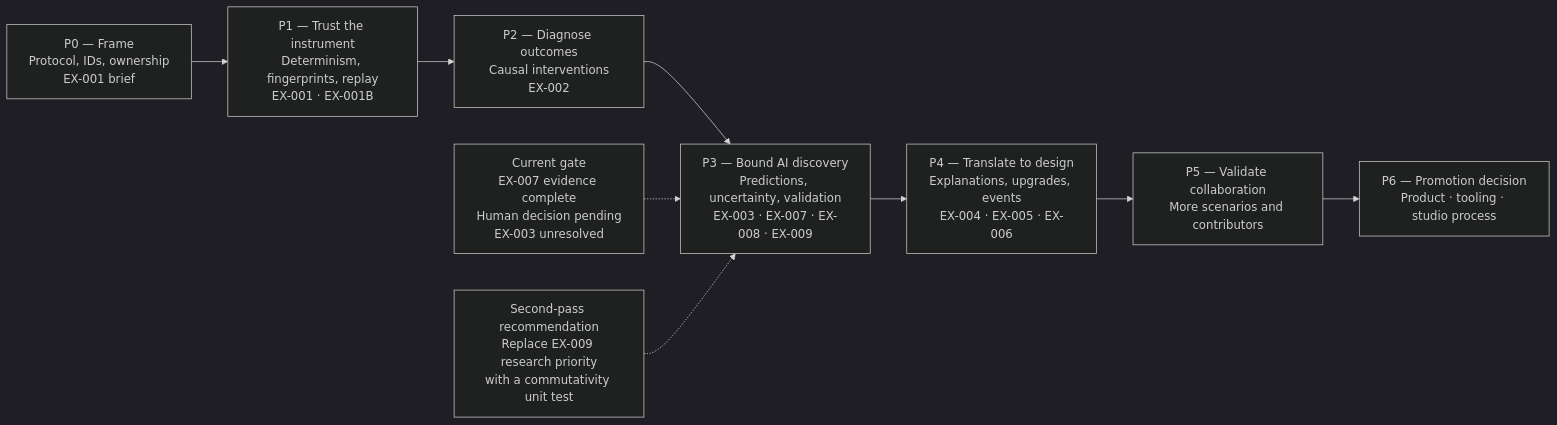
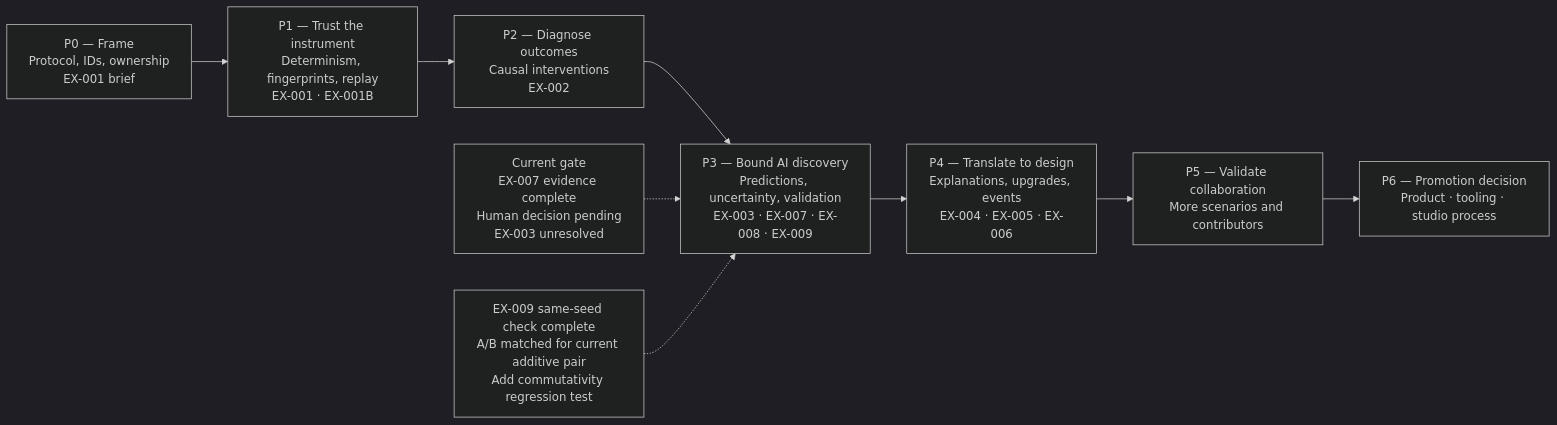
The first of 4 diagrams in LearningIndieDev/docs/Architecture Maps/PREDICTIVE_AI_RESEARCH_ARCHITECTURE_AND_FLOWS.md (Saltylanguage/GameDev), drawn with Mermaid (dark theme) before and after one commit. The commit also changed other lines of this file and 16 other files, not shown here.

````diff
--- a/LearningIndieDev/docs/Architecture Maps/PREDICTIVE_AI_RESEARCH_ARCHITECTURE_AND_FLOWS.md
+++ b/LearningIndieDev/docs/Architecture Maps/PREDICTIVE_AI_RESEARCH_ARCHITECTURE_AND_FLOWS.md
@@ -14,18 +14,18 @@
 ```mermaid
 flowchart LR
     P0["P0 — Frame<br/>Protocol, IDs, ownership<br/>EX-001 brief"]
     P1["P1 — Trust the instrument<br/>Determinism, fingerprints, replay<br/>EX-001 · EX-001B"]
     P2["P2 — Diagnose outcomes<br/>Causal interventions<br/>EX-002"]
     P3["P3 — Bound AI discovery<br/>Predictions, uncertainty, validation<br/>EX-003 · EX-007 · EX-008 · EX-009"]
     P4["P4 — Translate to design<br/>Explanations, upgrades, events<br/>EX-004 · EX-005 · EX-006"]
     P5["P5 — Validate collaboration<br/>More scenarios and contributors"]
     P6["P6 — Promotion decision<br/>Product · tooling · studio process"]
 
     P0 --> P1 --> P2 --> P3 --> P4 --> P5 --> P6
 
     NOW["Current gate<br/>EX-007 evidence complete<br/>Human decision pending<br/>EX-003 unresolved"]
-    ORDER["Second-pass recommendation<br/>Replace EX-009 research priority<br/>with a commutativity unit test"]
+    ORDER["EX-009 same-seed check complete<br/>A/B matched for current additive pair<br/>Add commutativity regression test"]
 
     NOW -.-> P3
     ORDER -.-> P3
 ```
````
